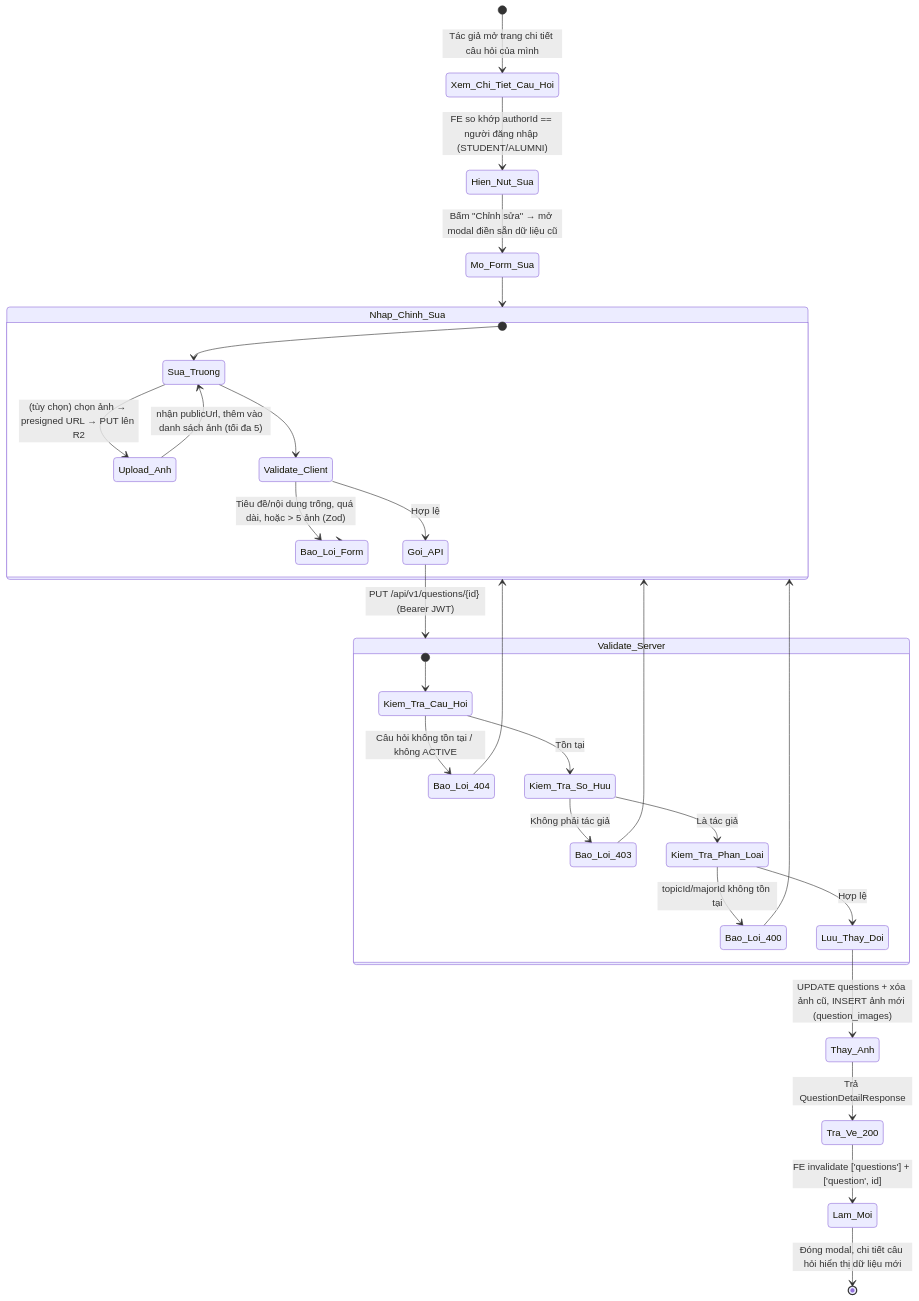
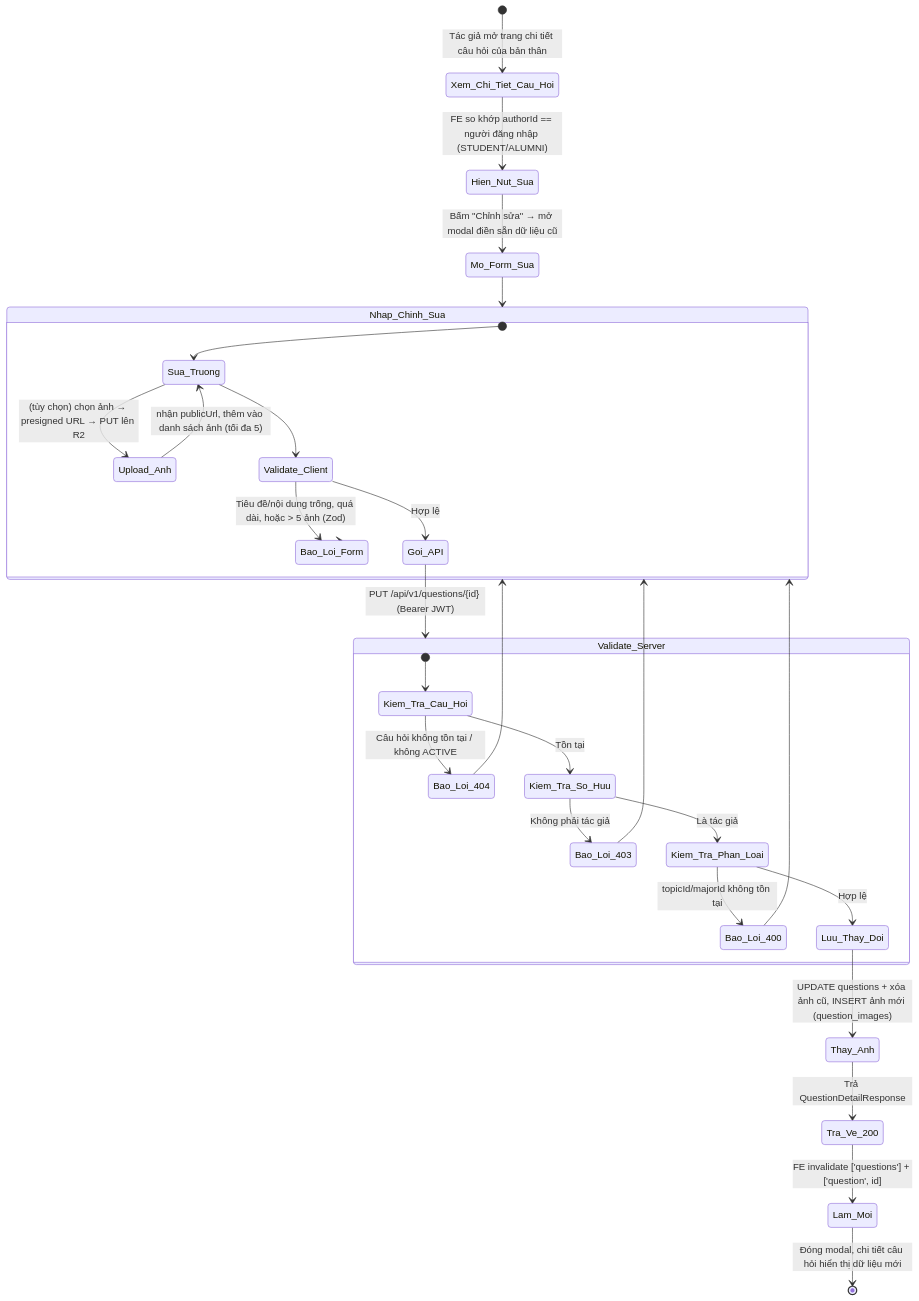
One commit to Alumnect/Alumnect changed the first of 4 diagrams in docs/update_SRS/SRS_UC_UC46_EditQuestion.md. Above: the diagram before and after it, drawn with Mermaid. The commit also changed other lines of this file and 83 other files, not shown here.

````diff
--- a/docs/update_SRS/SRS_UC_UC46_EditQuestion.md
+++ b/docs/update_SRS/SRS_UC_UC46_EditQuestion.md
@@ -7,37 +7,37 @@
 ```mermaid
 stateDiagram-v2
-    [*] --> Xem_Chi_Tiet_Cau_Hoi : Tác giả mở trang chi tiết câu hỏi của mình
+    [*] --> Xem_Chi_Tiet_Cau_Hoi : Tác giả mở trang chi tiết câu hỏi của bản thân
     Xem_Chi_Tiet_Cau_Hoi --> Hien_Nut_Sua : FE so khớp authorId == người đăng nhập (STUDENT/ALUMNI)
     Hien_Nut_Sua --> Mo_Form_Sua : Bấm "Chỉnh sửa" → mở modal điền sẵn dữ liệu cũ
 
     state Nhap_Chinh_Sua {
         [*] --> Sua_Truong
         Sua_Truong --> Upload_Anh : (tùy chọn) chọn ảnh → presigned URL → PUT lên R2
         Upload_Anh --> Sua_Truong : nhận publicUrl, thêm vào danh sách ảnh (tối đa 5)
         Sua_Truong --> Validate_Client
         Validate_Client --> Bao_Loi_Form : Tiêu đề/nội dung trống, quá dài, hoặc > 5 ảnh (Zod)
         Validate_Client --> Goi_API : Hợp lệ
     }
     Mo_Form_Sua --> Nhap_Chinh_Sua
     Bao_Loi_Form --> Nhap_Chinh_Sua
 
     Goi_API --> Validate_Server : PUT /api/v1/questions/{id} (Bearer JWT)
 
     state Validate_Server {
         [*] --> Kiem_Tra_Cau_Hoi
         Kiem_Tra_Cau_Hoi --> Bao_Loi_404 : Câu hỏi không tồn tại / không ACTIVE
         Kiem_Tra_Cau_Hoi --> Kiem_Tra_So_Huu : Tồn tại
         Kiem_Tra_So_Huu --> Bao_Loi_403 : Không phải tác giả
         Kiem_Tra_So_Huu --> Kiem_Tra_Phan_Loai : Là tác giả
         Kiem_Tra_Phan_Loai --> Bao_Loi_400 : topicId/majorId không tồn tại
         Kiem_Tra_Phan_Loai --> Luu_Thay_Doi : Hợp lệ
     }
     Bao_Loi_400 --> Nhap_Chinh_Sua
     Bao_Loi_403 --> Nhap_Chinh_Sua
     Bao_Loi_404 --> Nhap_Chinh_Sua
 
     Luu_Thay_Doi --> Thay_Anh : UPDATE questions + xóa ảnh cũ, INSERT ảnh mới (question_images)
     Thay_Anh --> Tra_Ve_200 : Trả QuestionDetailResponse
     Tra_Ve_200 --> Lam_Moi : FE invalidate ['questions'] + ['question', id]
     Lam_Moi --> [*] : Đóng modal, chi tiết câu hỏi hiển thị dữ liệu mới
 ```
````
